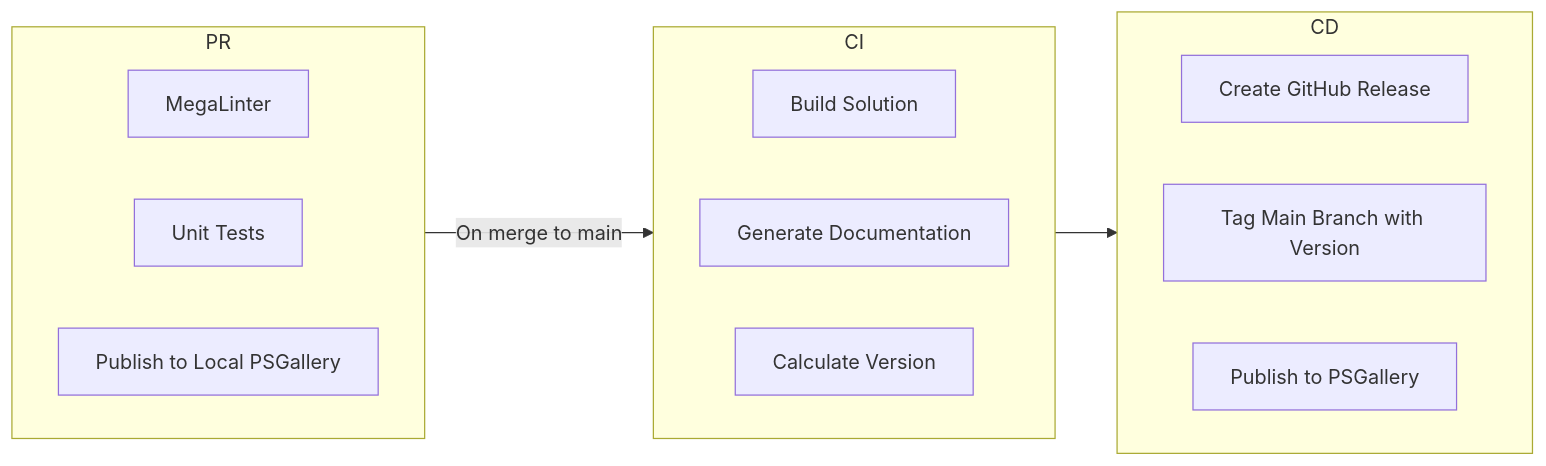
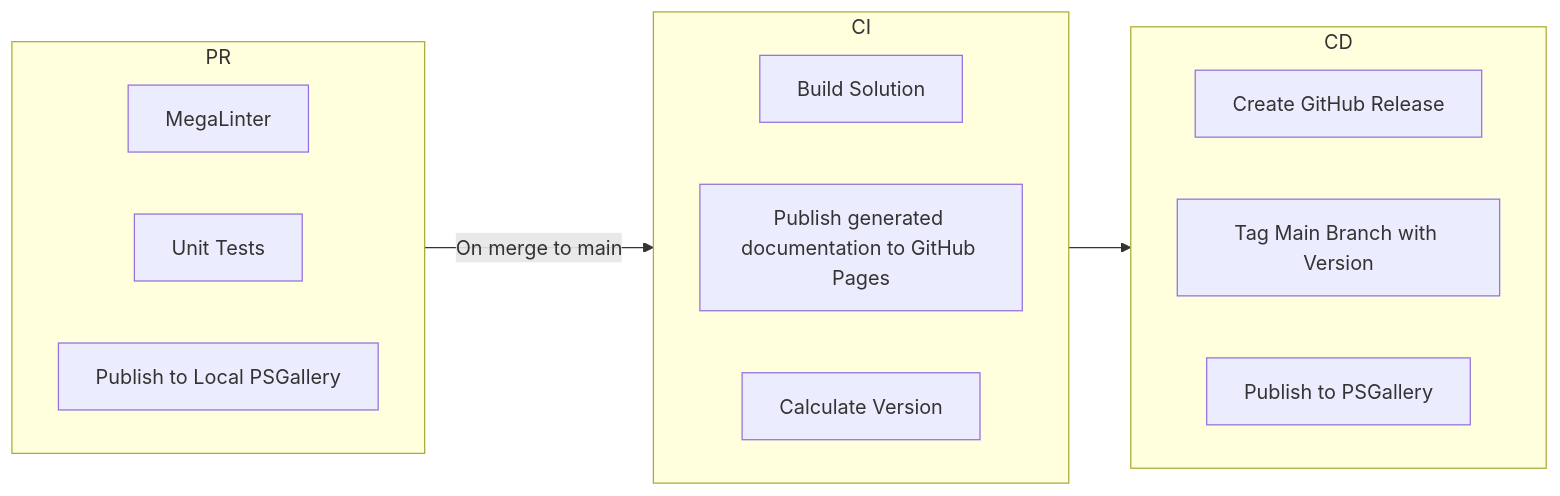
One commit to Azure/benchpress changed the diagram in docs/ci_cd_workflows.md. Above: the diagram before and after it, drawn with Mermaid. The commit also changed other lines of this file and 3 other files, not shown here.

````diff
--- a/docs/ci_cd_workflows.md
+++ b/docs/ci_cd_workflows.md
@@ -7,23 +7,24 @@
 ```mermaid
 graph LR
   subgraph PR
   direction LR
     lint[MegaLinter]
     utest[Unit Tests]
     localPS[Publish to Local PSGallery]
   end
   subgraph CI
   direction LR
     build[Build Solution]
     docs[Generate Documentation]
     civer[Calculate Version]
   end
   subgraph CD
   direction LR
     ghrel[Create GitHub Release]
+    docs[Publish generated documentation to GitHub Pages]
     cdver[Tag Main Branch with Version]
     pubPS[Publish to PSGallery]
   end
   PR-->|On merge to main|CI
   CI-->CD
 ```
````
